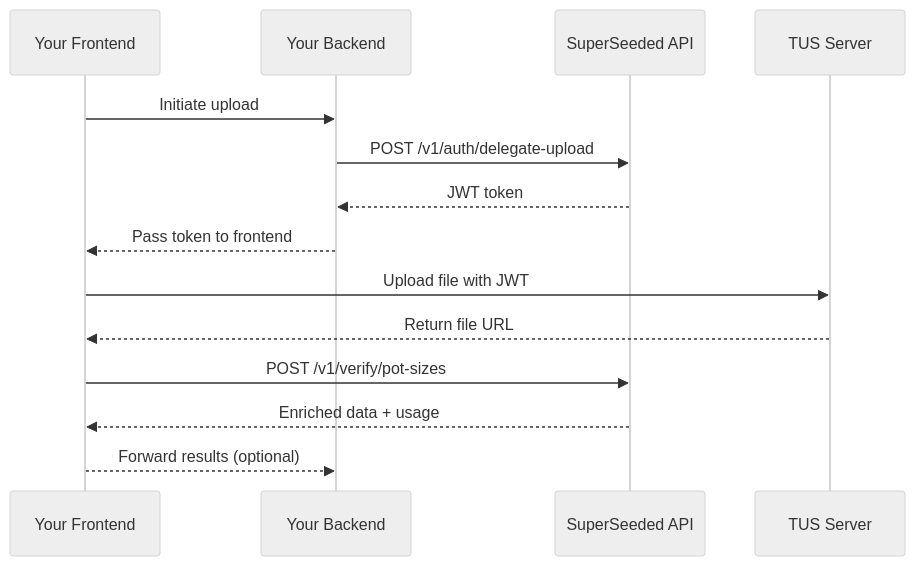
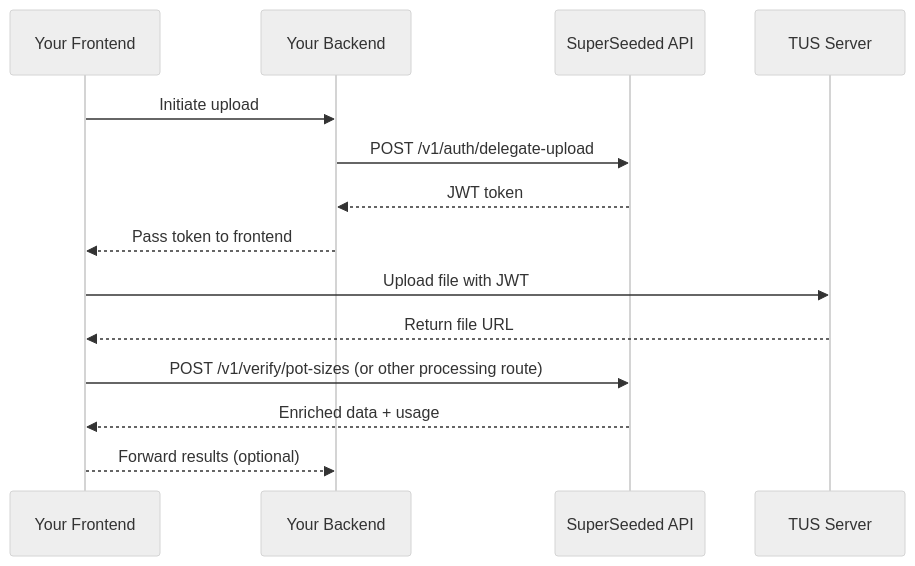
One commit to superseeded/docs changed the diagram in platform-integration/overview.mdx. Above: the diagram before and after it, drawn with Mermaid (neutral theme). The commit also changed other lines of this file and 9 other files, not shown here.

First line of the commit message:
refactor(docs): update references from resolve-specs to verify-pot-sizes

````diff
--- a/platform-integration/overview.mdx
+++ b/platform-integration/overview.mdx
@@ -25,17 +25,17 @@
 ```mermaid
 sequenceDiagram
     participant F as Your Frontend
     participant B as Your Backend
     participant A as SuperSeeded API
     participant T as TUS Server
 
     F->>B: Initiate upload
     B->>A: POST /v1/auth/delegate-upload
     A-->>B: JWT token
     B-->>F: Pass token to frontend
     F->>T: Upload file with JWT
     T-->>F: Return file URL
-    F->>A: POST /v1/verify/pot-sizes
+    F->>A: POST /v1/verify/pot-sizes (or other processing route)
     A-->>F: Enriched data + usage
     F-->>B: Forward results (optional)
 ```
````
